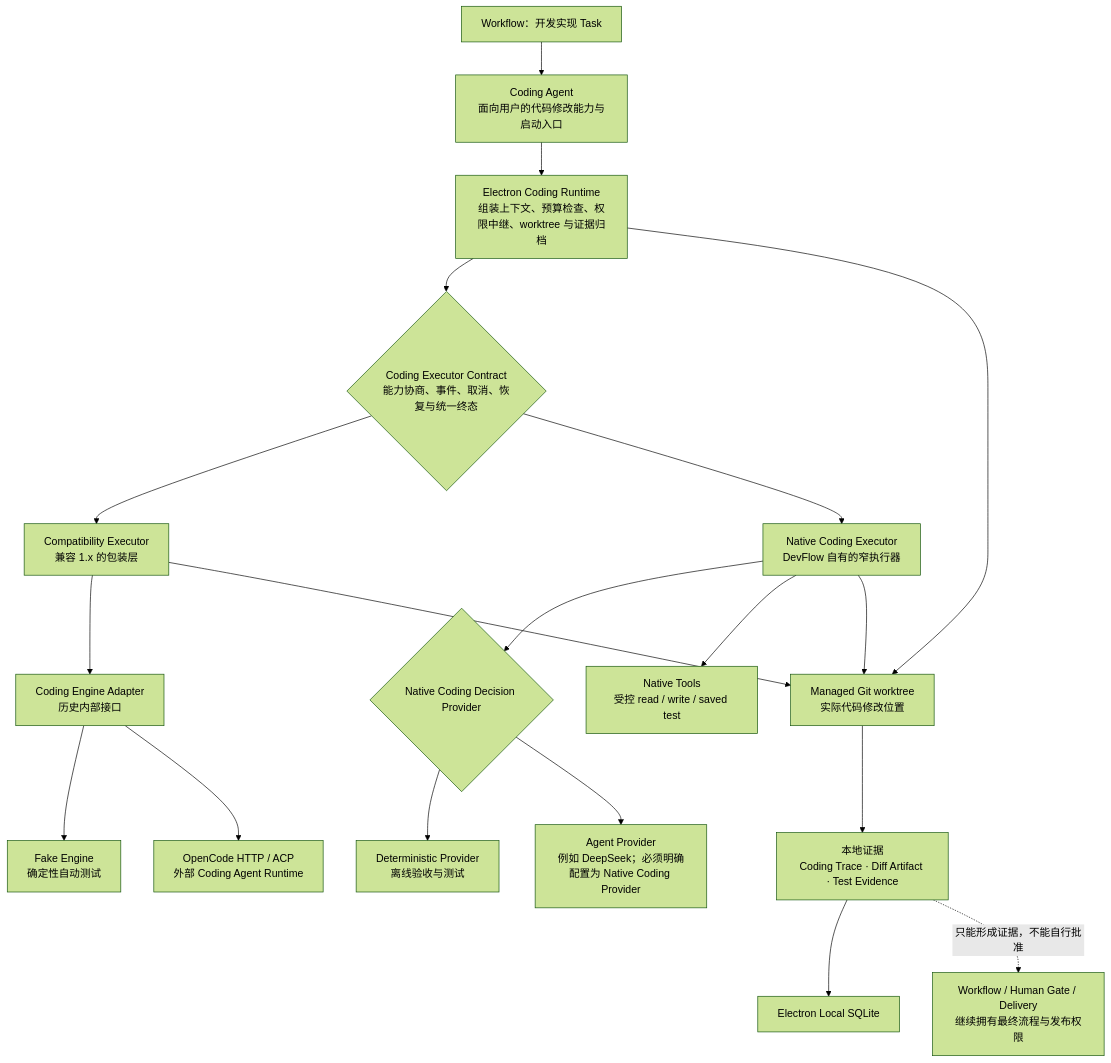
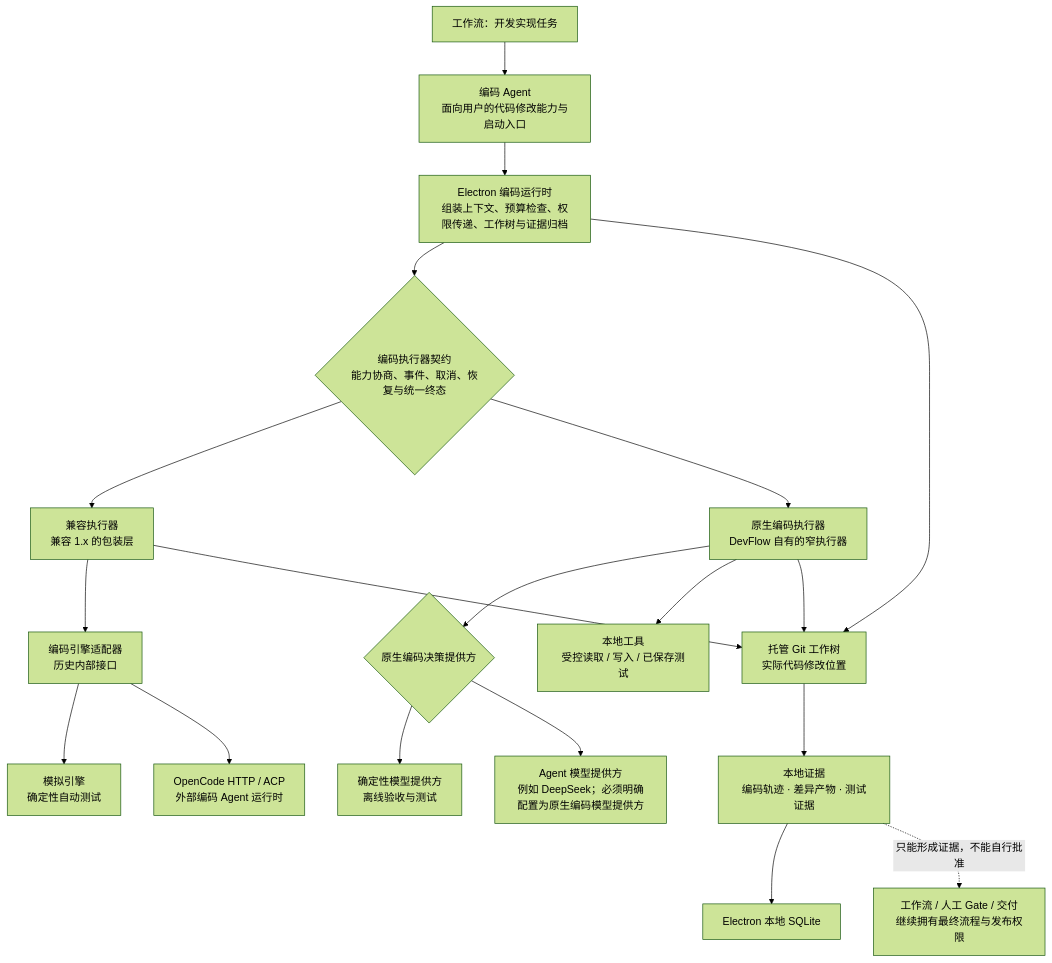
The diagram in docs/product/details/coding-agent-execution-stack.md (erich04/ai-devflow-studio), drawn with Mermaid (forest theme) before and after one commit. The commit also changed other lines of this file and 28 other files, not shown here.

````diff
--- a/docs/product/details/coding-agent-execution-stack.md
+++ b/docs/product/details/coding-agent-execution-stack.md
@@ -23,27 +23,27 @@
 ```mermaid
 flowchart TB
-    Workflow["Workflow：开发实现 Task"] --> Agent["Coding Agent<br/>面向用户的代码修改能力与启动入口"]
+    Workflow["工作流：开发实现任务"] --> Agent["编码 Agent<br/>面向用户的代码修改能力与启动入口"]
 
-    Agent --> Runtime["Electron Coding Runtime<br/>组装上下文、预算检查、权限中继、worktree 与证据归档"]
-    Runtime --> Contract{"Coding Executor Contract<br/>能力协商、事件、取消、恢复与统一终态"}
+    Agent --> Runtime["Electron 编码运行时<br/>组装上下文、预算检查、权限传递、工作树与证据归档"]
+    Runtime --> Contract{"编码执行器契约<br/>能力协商、事件、取消、恢复与统一终态"}
 
-    Contract --> Compatibility["Compatibility Executor<br/>兼容 1.x 的包装层"]
-    Compatibility --> Engine["Coding Engine Adapter<br/>历史内部接口"]
-    Engine --> Fake["Fake Engine<br/>确定性自动测试"]
-    Engine --> OpenCode["OpenCode HTTP / ACP<br/>外部 Coding Agent Runtime"]
+    Contract --> Compatibility["兼容执行器<br/>兼容 1.x 的包装层"]
+    Compatibility --> Engine["编码引擎适配器<br/>历史内部接口"]
+    Engine --> Fake["模拟引擎<br/>确定性自动测试"]
+    Engine --> OpenCode["OpenCode HTTP / ACP<br/>外部编码 Agent 运行时"]
 
-    Contract --> Native["Native Coding Executor<br/>DevFlow 自有的窄执行器"]
-    Native --> Decision{"Native Coding Decision Provider"}
-    Decision --> Deterministic["Deterministic Provider<br/>离线验收与测试"]
-    Decision --> Model["Agent Provider<br/>例如 DeepSeek；必须明确配置为 Native Coding Provider"]
-    Native --> Tools["Native Tools<br/>受控 read / write / saved test"]
+    Contract --> Native["原生编码执行器<br/>DevFlow 自有的窄执行器"]
+    Native --> Decision{"原生编码决策提供方"}
+    Decision --> Deterministic["确定性模型提供方<br/>离线验收与测试"]
+    Decision --> Model["Agent 模型提供方<br/>例如 DeepSeek；必须明确配置为原生编码模型提供方"]
+    Native --> Tools["本地工具<br/>受控读取 / 写入 / 已保存测试"]
 
-    Runtime --> Worktree["Managed Git worktree<br/>实际代码修改位置"]
+    Runtime --> Worktree["托管 Git 工作树<br/>实际代码修改位置"]
     Compatibility --> Worktree
     Native --> Worktree
 
-    Worktree --> Outputs["本地证据<br/>Coding Trace · Diff Artifact · Test Evidence"]
-    Outputs --> SQLite["Electron Local SQLite"]
+    Worktree --> Outputs["本地证据<br/>编码轨迹 · 差异产物 · 测试证据"]
+    Outputs --> SQLite["Electron 本地 SQLite"]
 
-    Outputs -. "只能形成证据，不能自行批准" .-> Gate["Workflow / Human Gate / Delivery<br/>继续拥有最终流程与发布权限"]
+    Outputs -. "只能形成证据，不能自行批准" .-> Gate["工作流 / 人工 Gate / 交付<br/>继续拥有最终流程与发布权限"]
 ```
````
